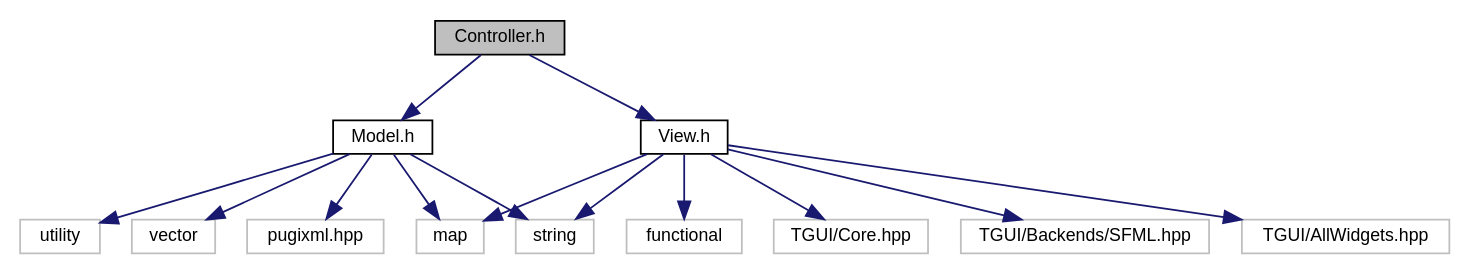
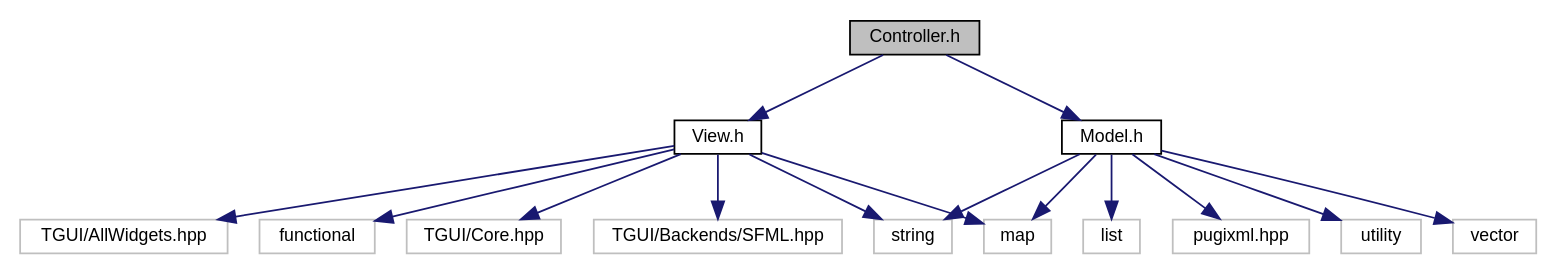
Before and after one commit to Simply-Ian/silentwater: the diagram in Docs/_controller_8h__incl.dot, drawn with Graphviz. The commit also changed 160 other files, not shown here.

```diff
--- a/Docs/_controller_8h__incl.dot
+++ b/Docs/_controller_8h__incl.dot
@@ -1,31 +1,33 @@
 digraph "Controller.h"
 {
  // LATEX_PDF_SIZE
   edge [fontname="Helvetica",fontsize="10",labelfontname="Helvetica",labelfontsize="10"];
   node [fontname="Helvetica",fontsize="10",shape=record];
   Node1 [label="Controller.h",height=0.2,width=0.4,color="black", fillcolor="grey75", style="filled", fontcolor="black",tooltip="Заголовочный файл, определяющий класс Controller и псевдоним типа page_t."];
   Node1 -> Node2 [color="midnightblue",fontsize="10",style="solid",fontname="Helvetica"];
   Node2 [label="Model.h",height=0.2,width=0.4,color="black", fillcolor="white", style="filled",URL="$_model_8h.html",tooltip="Определяет классы Fragment, Walker и Model."];
   Node2 -> Node3 [color="midnightblue",fontsize="10",style="solid",fontname="Helvetica"];
   Node3 [label="utility",height=0.2,width=0.4,color="grey75", fillcolor="white", style="filled",tooltip=" "];
   Node2 -> Node4 [color="midnightblue",fontsize="10",style="solid",fontname="Helvetica"];
   Node4 [label="string",height=0.2,width=0.4,color="grey75", fillcolor="white", style="filled",tooltip=" "];
   Node2 -> Node5 [color="midnightblue",fontsize="10",style="solid",fontname="Helvetica"];
   Node5 [label="vector",height=0.2,width=0.4,color="grey75", fillcolor="white", style="filled",tooltip=" "];
   Node2 -> Node6 [color="midnightblue",fontsize="10",style="solid",fontname="Helvetica"];
-  Node6 [label="pugixml.hpp",height=0.2,width=0.4,color="grey75", fillcolor="white", style="filled",tooltip=" "];
+  Node6 [label="list",height=0.2,width=0.4,color="grey75", fillcolor="white", style="filled",tooltip=" "];
   Node2 -> Node7 [color="midnightblue",fontsize="10",style="solid",fontname="Helvetica"];
-  Node7 [label="map",height=0.2,width=0.4,color="grey75", fillcolor="white", style="filled",tooltip=" "];
-  Node1 -> Node8 [color="midnightblue",fontsize="10",style="solid",fontname="Helvetica"];
-  Node8 [label="View.h",height=0.2,width=0.4,color="black", fillcolor="white", style="filled",URL="$_view_8h.html",tooltip="Заголовочный файл, определяющий классы View и SWText."];
-  Node8 -> Node9 [color="midnightblue",fontsize="10",style="solid",fontname="Helvetica"];
-  Node9 [label="TGUI/Core.hpp",height=0.2,width=0.4,color="grey75", fillcolor="white", style="filled",tooltip=" "];
-  Node8 -> Node10 [color="midnightblue",fontsize="10",style="solid",fontname="Helvetica"];
-  Node10 [label="TGUI/Backends/SFML.hpp",height=0.2,width=0.4,color="grey75", fillcolor="white", style="filled",tooltip=" "];
-  Node8 -> Node11 [color="midnightblue",fontsize="10",style="solid",fontname="Helvetica"];
-  Node11 [label="TGUI/AllWidgets.hpp",height=0.2,width=0.4,color="grey75", fillcolor="white", style="filled",tooltip=" "];
-  Node8 -> Node12 [color="midnightblue",fontsize="10",style="solid",fontname="Helvetica"];
-  Node12 [label="functional",height=0.2,width=0.4,color="grey75", fillcolor="white", style="filled",tooltip=" "];
-  Node8 -> Node4 [color="midnightblue",fontsize="10",style="solid",fontname="Helvetica"];
-  Node8 -> Node7 [color="midnightblue",fontsize="10",style="solid",fontname="Helvetica"];
+  Node7 [label="pugixml.hpp",height=0.2,width=0.4,color="grey75", fillcolor="white", style="filled",tooltip=" "];
+  Node2 -> Node8 [color="midnightblue",fontsize="10",style="solid",fontname="Helvetica"];
+  Node8 [label="map",height=0.2,width=0.4,color="grey75", fillcolor="white", style="filled",tooltip=" "];
+  Node1 -> Node9 [color="midnightblue",fontsize="10",style="solid",fontname="Helvetica"];
+  Node9 [label="View.h",height=0.2,width=0.4,color="black", fillcolor="white", style="filled",URL="$_view_8h.html",tooltip="Заголовочный файл, определяющий классы View и SWText."];
+  Node9 -> Node10 [color="midnightblue",fontsize="10",style="solid",fontname="Helvetica"];
+  Node10 [label="TGUI/Core.hpp",height=0.2,width=0.4,color="grey75", fillcolor="white", style="filled",tooltip=" "];
+  Node9 -> Node11 [color="midnightblue",fontsize="10",style="solid",fontname="Helvetica"];
+  Node11 [label="TGUI/Backends/SFML.hpp",height=0.2,width=0.4,color="grey75", fillcolor="white", style="filled",tooltip=" "];
+  Node9 -> Node12 [color="midnightblue",fontsize="10",style="solid",fontname="Helvetica"];
+  Node12 [label="TGUI/AllWidgets.hpp",height=0.2,width=0.4,color="grey75", fillcolor="white", style="filled",tooltip=" "];
+  Node9 -> Node13 [color="midnightblue",fontsize="10",style="solid",fontname="Helvetica"];
+  Node13 [label="functional",height=0.2,width=0.4,color="grey75", fillcolor="white", style="filled",tooltip=" "];
+  Node9 -> Node4 [color="midnightblue",fontsize="10",style="solid",fontname="Helvetica"];
+  Node9 -> Node8 [color="midnightblue",fontsize="10",style="solid",fontname="Helvetica"];
 }
```
